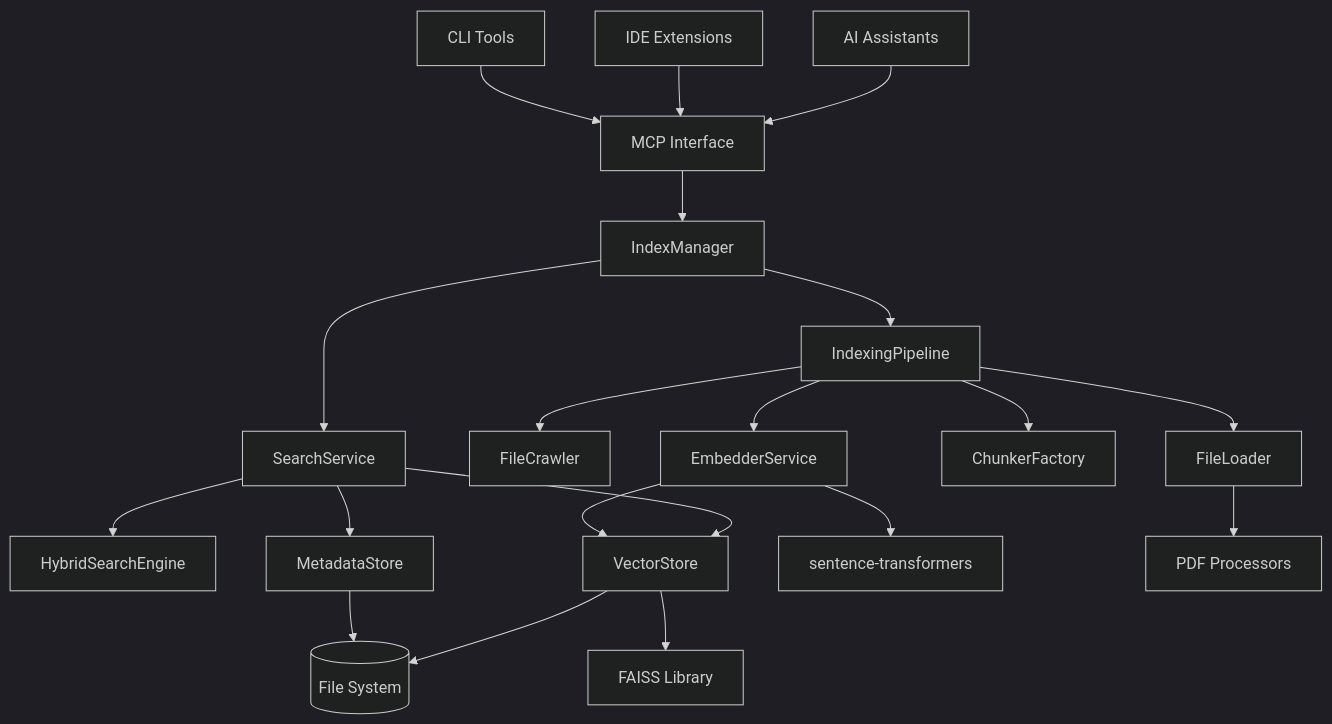
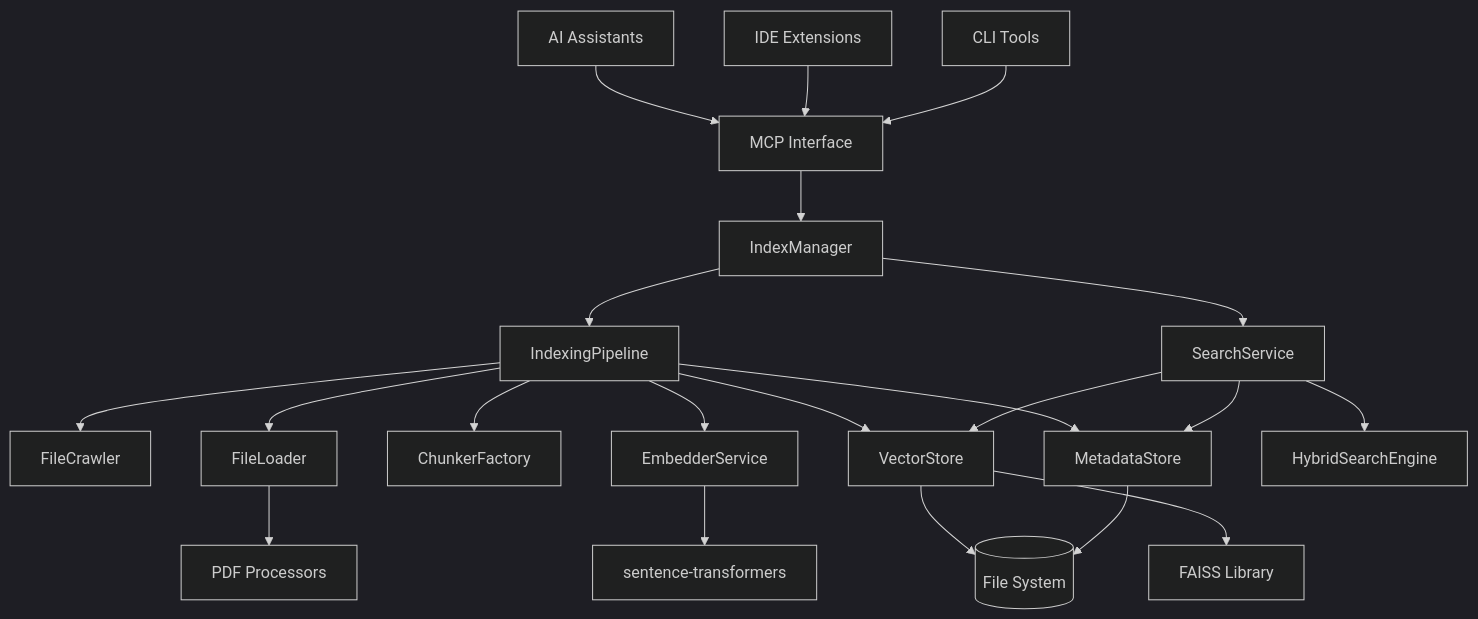
Before and after one commit to tbrandenburg/pycontextify: the first of 3 diagrams in docs/ARCHITECTURE.md, drawn with Mermaid (dark theme).

Commit message:
Corrected arch diagram

````diff
--- a/docs/ARCHITECTURE.md
+++ b/docs/ARCHITECTURE.md
@@ -42,28 +42,29 @@
 ```mermaid
 graph TD
     A[AI Assistants] --> M[MCP Interface]
     B[IDE Extensions] --> M
     C[CLI Tools] --> M
     
     M --> I[IndexManager]
     
     I --> IP[IndexingPipeline]
     I --> SS[SearchService]
     
     IP --> FC[FileCrawler]
     IP --> FL[FileLoader]
     IP --> CH[ChunkerFactory]
     IP --> ES[EmbedderService]
+    IP --> VS[VectorStore]
+    IP --> MS[MetadataStore]
     
     SS --> HS[HybridSearchEngine]
-    SS --> VS[VectorStore]
-    SS --> MS[MetadataStore]
+    SS --> VS
+    SS --> MS
     
-    ES --> VS
     VS --> FS[(File System)]
     MS --> FS
     
     ES --> ST[sentence-transformers]
     VS --> FI[FAISS Library]
     FL --> PD[PDF Processors]
 ```
````
